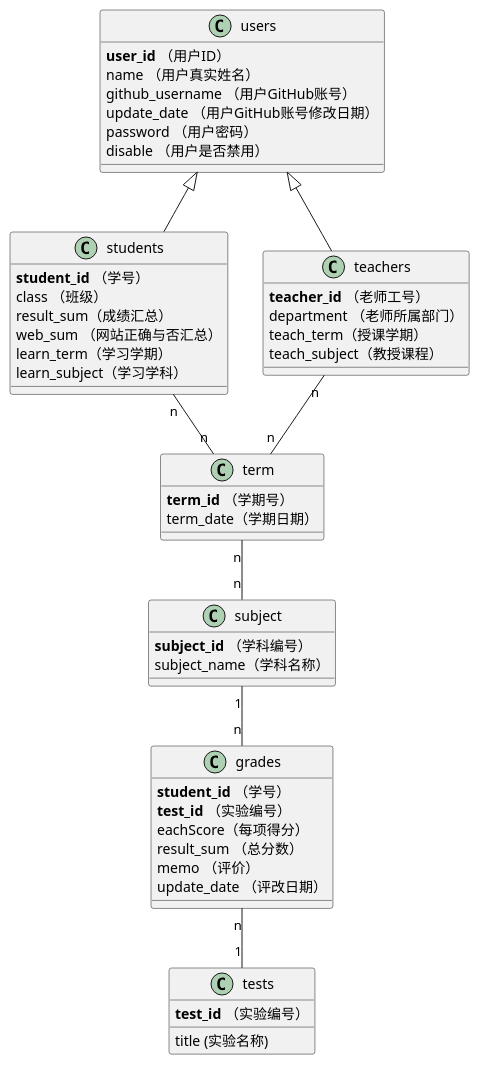
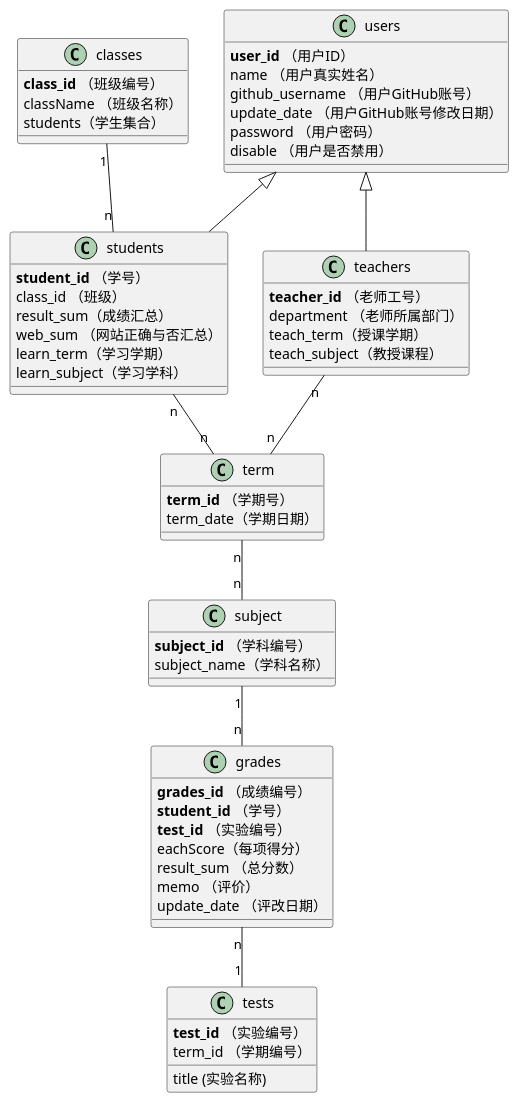
The diagram in test6/src/class.puml (JasonChenhx/is_analysis-7), drawn with PlantUML before and after one commit. The commit also changed 2 other files, not shown here.

```diff
--- a/test6/src/class.puml
+++ b/test6/src/class.puml
@@ -1,52 +1,61 @@
 @startuml
 class users {
     <b>user_id</b> （用户ID）
     name （用户真实姓名）
     github_username （用户GitHub账号）
     update_date （用户GitHub账号修改日期）
     password （用户密码）
     disable （用户是否禁用）
 }
 class teachers{
     <b>teacher_id</b> （老师工号）
     department （老师所属部门）
     teach_term（授课学期）
     teach_subject（教授课程）
 }
 class students{
     <b>student_id</b> （学号）
-    class （班级）
+    class_id （班级）
     result_sum（成绩汇总）
     web_sum （网站正确与否汇总）
     learn_term（学习学期）
     learn_subject（学习学科）
 }
+class classes{
+    <b>class_id</b> （班级编号）
+    className （班级名称）
+    students（学生集合）
+    
+}
 users <|- students
 users <|-- teachers
+classes "1" -- "n" students
 class term{
     <b>term_id</b> （学期号）
     term_date（学期日期）
 }
 class subject{
     <b>subject_id</b> （学科编号）
     subject_name（学科名称）
 }
 class grades {
+	<b>grades_id</b> （成绩编号）
     <b>student_id</b> （学号）
     <b>test_id</b> （实验编号）
     eachScore（每项得分）
     result_sum （总分数）
     memo （评价）
     update_date （评改日期）
 }
 
 class tests {
     <b>test_id</b> （实验编号）
     title (实验名称)
+    term_id （学期编号）
 }
 students "n" -- "n"term
 teachers "n" -- "n" term
 term "n" -- "n" subject
 subject "1" -- "n" grades
 grades "n" -- "1" tests
 @enduml
```
